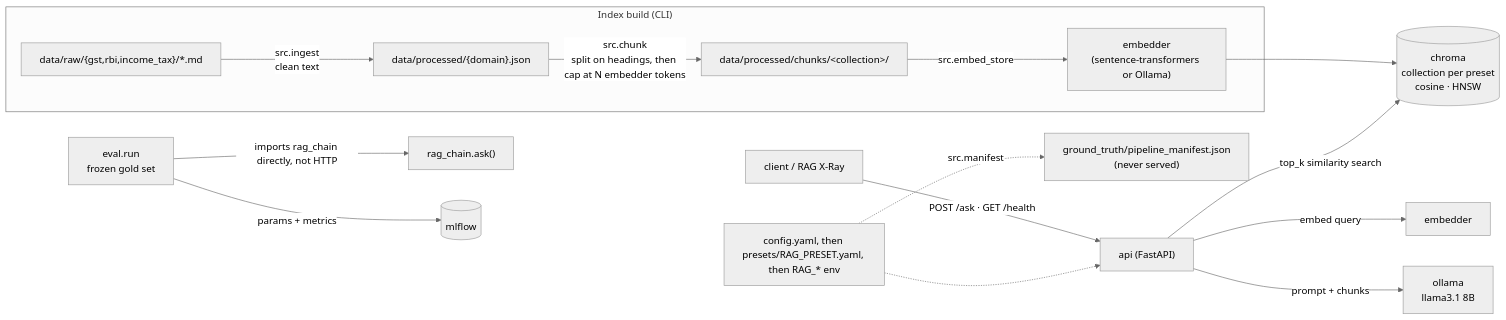
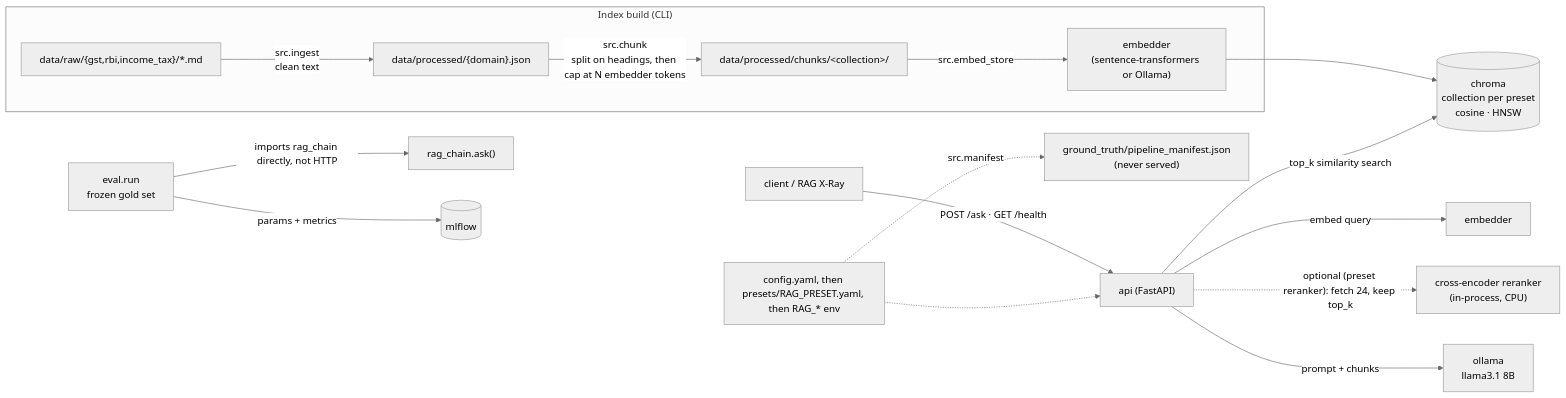
Before and after one commit to Pranav-fscty/AI-Compliance-Copilot: the diagram in README.md, drawn with Mermaid (neutral theme). The commit also changed other lines of this file and 23 other files, not shown here.

First line of the commit message:
Cross-encoder reranker + reranker preset; commit data/raw; drop stale architecture.png

````diff
--- a/README.md
+++ b/README.md
@@ -17,19 +17,20 @@
 ```mermaid
 flowchart LR
     subgraph offline["Index build (CLI)"]
         RAW["data/raw/{gst,rbi,income_tax}/*.md"] -->|src.ingest<br/>clean text| PROC["data/processed/{domain}.json"]
         PROC -->|src.chunk<br/>split on headings, then cap at N embedder tokens| CH["data/processed/chunks/&lt;collection&gt;/"]
         CH -->|src.embed_store| EMB["embedder<br/>(sentence-transformers or Ollama)"]
     end
     EMB --> CHROMA[("chroma<br/>collection per preset<br/>cosine · HNSW")]
 
     CLIENT["client / RAG X-Ray"] -->|POST /ask · GET /health| API["api (FastAPI)"]
     API -->|embed query| EMB2["embedder"]
     API -->|top_k similarity search| CHROMA
+    API -.->|"optional (preset reranker): fetch 24, keep top_k"| RR["cross-encoder reranker<br/>(in-process, CPU)"]
     API -->|prompt + chunks| OLLAMA["ollama<br/>llama3.1 8B"]
 
     EVAL["eval.run<br/>frozen gold set"] -->|imports rag_chain directly, not HTTP| RC["rag_chain.ask()"]
     EVAL -->|params + metrics| MLFLOW[("mlflow")]
     CFG["config.yaml, then presets/RAG_PRESET.yaml, then RAG_* env"] -.-> API
     CFG -.->|src.manifest| GT["ground_truth/pipeline_manifest.json<br/>(never served)"]
 ```
````
